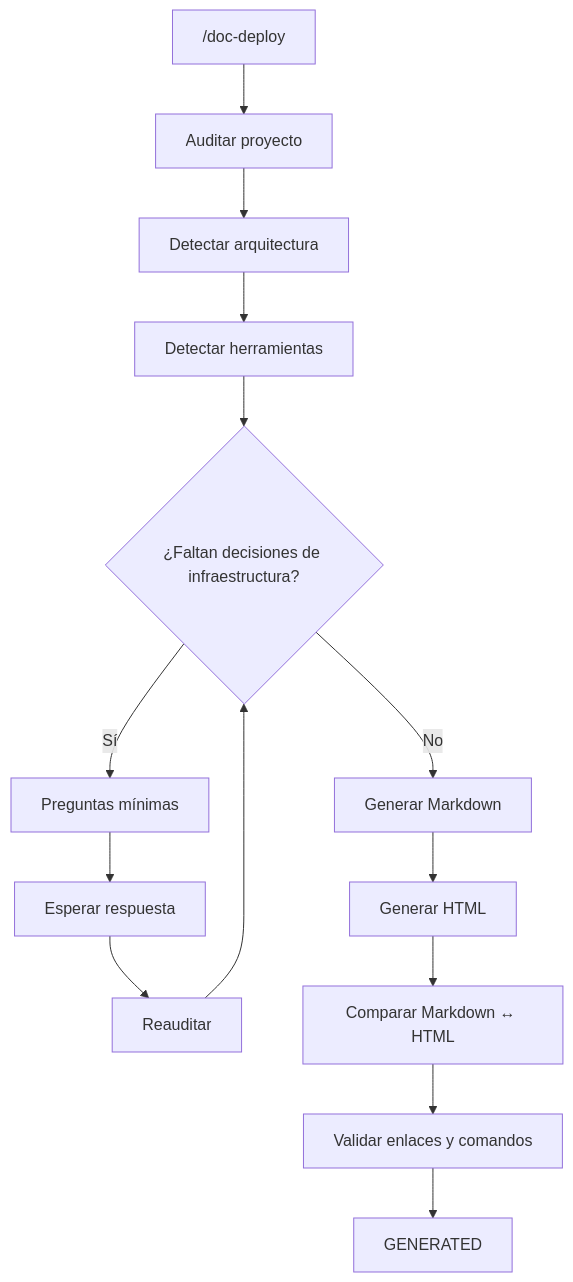
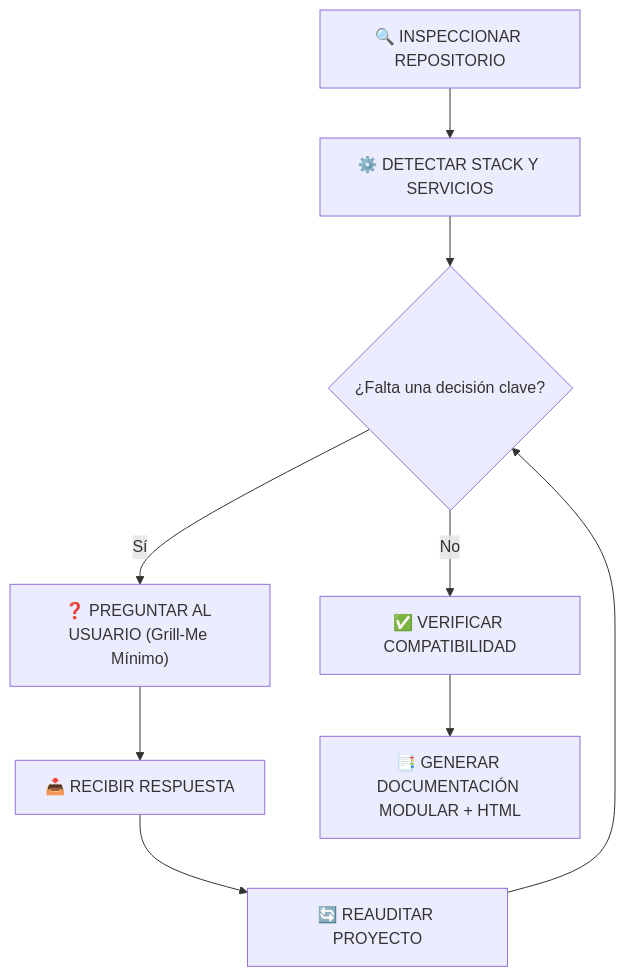
One commit to Thebetus7/SW2-G17-SDD-26-2 changed the first of 4 diagrams in templates/doc-deploy.md. Above: the diagram before and after it, drawn with Mermaid. The commit also changed other lines of this file, not shown here.

````diff
--- a/templates/doc-deploy.md
+++ b/templates/doc-deploy.md
@@ -2034,33 +37,11 @@
 ```mermaid
 flowchart TD
-
-    A["/doc-deploy"]
-    B["Auditar proyecto"]
-    C["Detectar arquitectura"]
-    D["Detectar herramientas"]
-    E{"¿Faltan decisiones de infraestructura?"}
-    F["Preguntas mínimas"]
-    G["Esperar respuesta"]
-    H["Reauditar"]
-    I["Generar Markdown"]
-    J["Generar HTML"]
-    K["Comparar Markdown ↔ HTML"]
-    L["Validar enlaces y comandos"]
-    M["GENERATED"]
-
-    A --> B
-    B --> C
-    C --> D
-    D --> E
-
-    E -->|Sí| F
-    F --> G
-    G --> H
-    H --> E
-
-    E -->|No| I
-    I --> J
-    J --> K
-    K --> L
-    L --> M
+    A["🔍 INSPECCIONAR REPOSITORIO"] --> B["⚙️ DETECTAR STACK Y SERVICIOS"]
+    B --> C{"¿Falta una decisión clave?"}
+    C -->|Sí| D["❓ PREGUNTAR AL USUARIO (Grill-Me Mínimo)"]
+    D --> E["📥 RECIBIR RESPUESTA"]
+    E --> F["🔄 REAUDITAR PROYECTO"]
+    F --> C
+    C -->|No| G["✅ VERIFICAR COMPATIBILIDAD"]
+    G --> H["📑 GENERAR DOCUMENTACIÓN MODULAR + HTML"]
 ```
````
